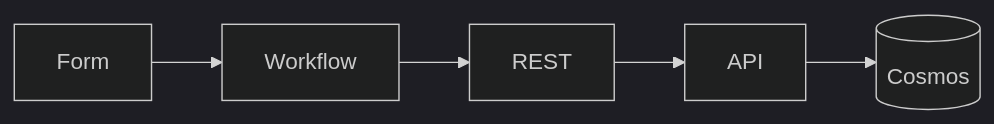
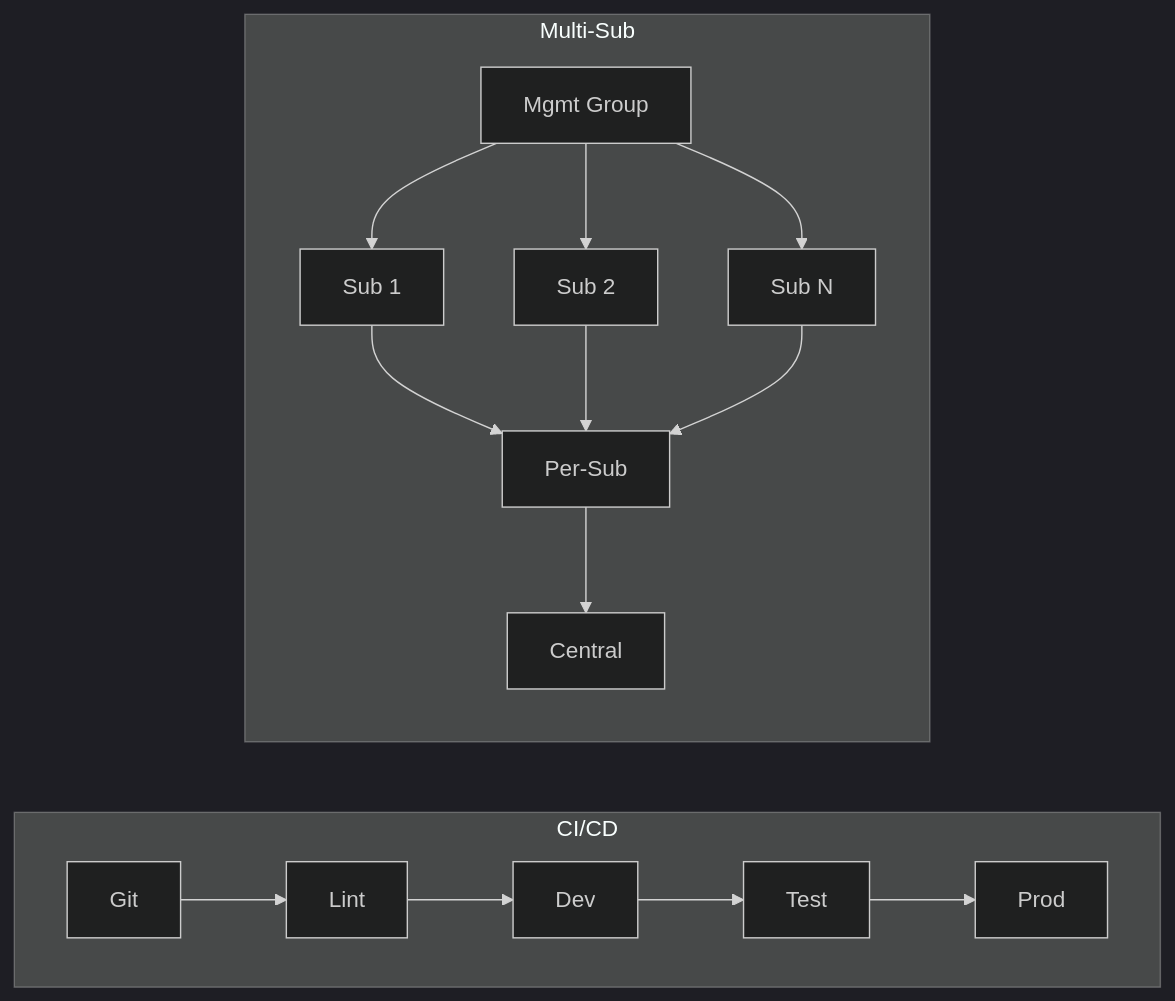
Before and after one commit to gitpavleenbali/azure-amortized-cost-management: diagram 13 of 13 in docs/technical-guide.md, drawn with Mermaid. The commit also changed other lines of this file, not shown here.

````diff
--- a/docs/technical-guide.md
+++ b/docs/technical-guide.md
@@ -835,5 +499,14 @@
 ```mermaid
 %%{init: {"theme": "dark"}}%%
 flowchart LR
-    A["Form"] --> B["Workflow"] --> C["REST"] --> D["API"] --> E[("Cosmos")]
+    subgraph CICD["CI/CD"]
+        direction LR
+        A["Git"] --> B["Lint"] --> C["Dev"] --> D["Test"] --> E["Prod"]
+    end
+    subgraph SCALE["Multi-Sub"]
+        direction TB
+        G["Mgmt Group"] --> H["Sub 1"] & I["Sub 2"] & J["Sub N"]
+        H & I & J --> K["Per-Sub"]
+        K --> L["Central"]
+    end
 ```
````
